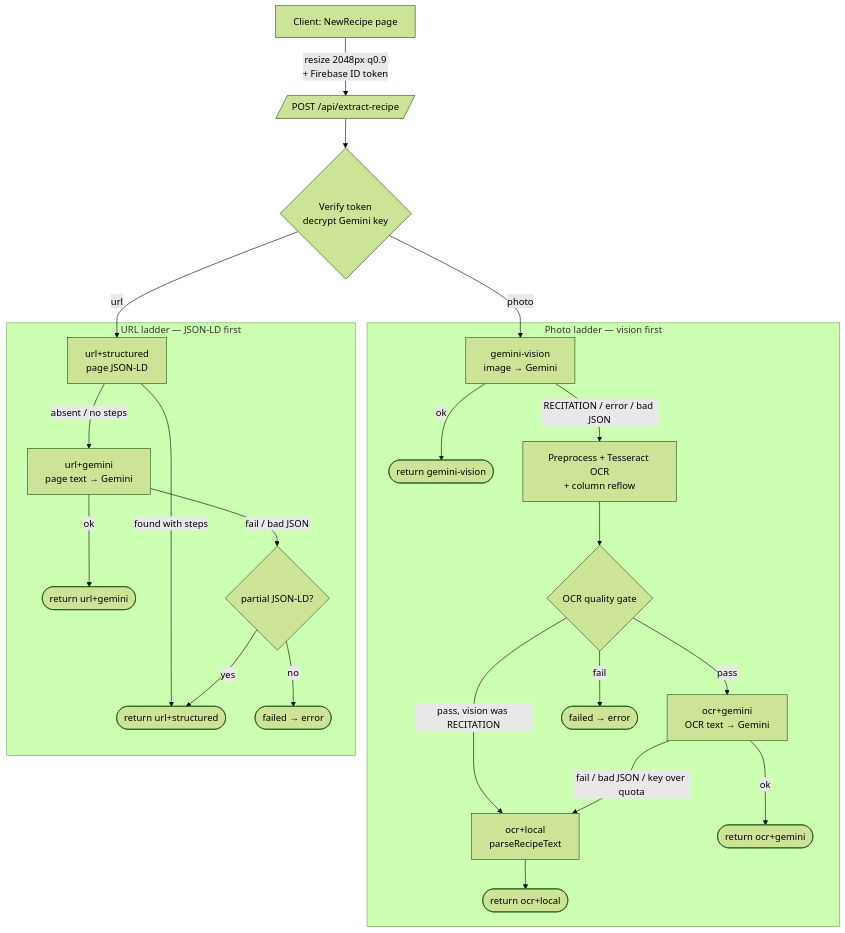
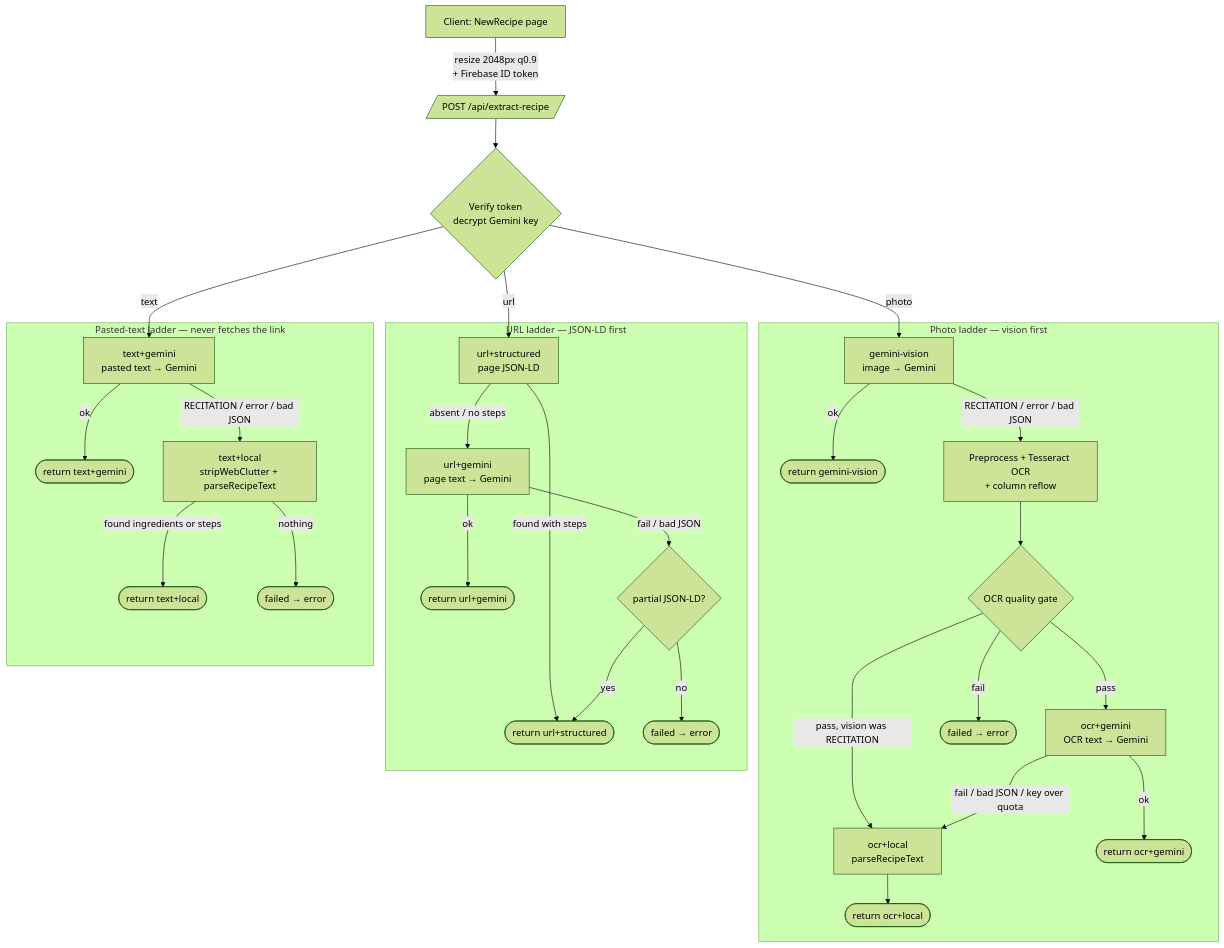
Before and after one commit to cheryllaird/BeckfieldBistroV2: the diagram in docs/recipe-extraction.md, drawn with Mermaid (forest theme). The commit also changed other lines of this file and 20 other files, not shown here.

First line of the commit message:
Let users import a recipe by pasting its text (#245)

````diff
--- a/docs/recipe-extraction.md
+++ b/docs/recipe-extraction.md
@@ -67,28 +67,36 @@
 ```mermaid
 flowchart TD
     C[Client: NewRecipe page] -->|"resize 2048px q0.9<br/>+ Firebase ID token"| API[/POST /api/extract-recipe/]
     API --> AUTH{Verify token<br/>decrypt Gemini key}
     AUTH -->|photo| P1
     AUTH -->|url| U1
+    AUTH -->|text| T1
 
     subgraph PHOTO [Photo ladder — vision first]
         P1[gemini-vision<br/>image → Gemini] -->|ok| R1([return gemini-vision])
         P1 -->|RECITATION / error / bad JSON| P2[Preprocess + Tesseract OCR<br/>+ column reflow]
         P2 --> GATE{OCR quality gate}
         GATE -->|pass, vision was RECITATION| P4
         GATE -->|pass| P3[ocr+gemini<br/>OCR text → Gemini]
         P3 -->|ok| R2([return ocr+gemini])
         P3 -->|fail / bad JSON / key over quota| P4[ocr+local<br/>parseRecipeText]
         P4 --> R3([return ocr+local])
         GATE -->|fail| FAILP([failed → error])
     end
 
     subgraph URL [URL ladder — JSON-LD first]
         U1[url+structured<br/>page JSON-LD] -->|found with steps| R4([return url+structured])
         U1 -->|absent / no steps| U2[url+gemini<br/>page text → Gemini]
         U2 -->|ok| R5([return url+gemini])
         U2 -->|fail / bad JSON| U3{partial JSON-LD?}
         U3 -->|yes| R4
         U3 -->|no| FAILU([failed → error])
     end
+
+    subgraph TEXT [Pasted-text ladder — never fetches the link]
+        T1[text+gemini<br/>pasted text → Gemini] -->|ok| R6([return text+gemini])
+        T1 -->|RECITATION / error / bad JSON| T2[text+local<br/>stripWebClutter + parseRecipeText]
+        T2 -->|found ingredients or steps| R7([return text+local])
+        T2 -->|nothing| FAILT([failed → error])
+    end
 ```
````
